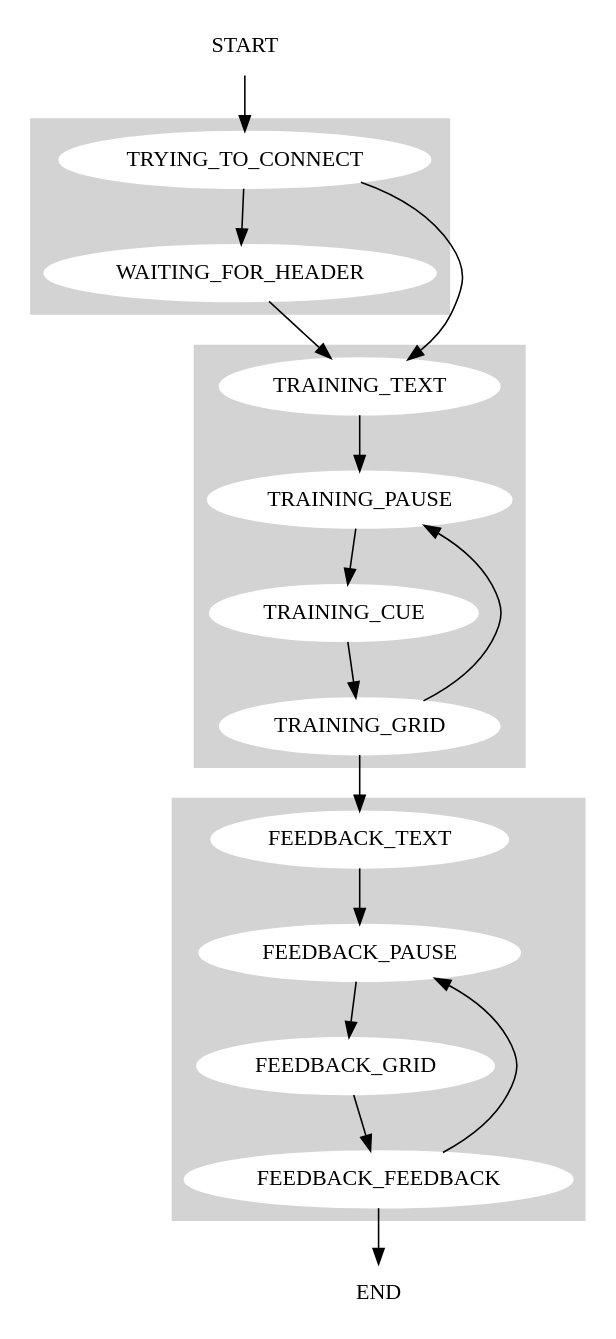
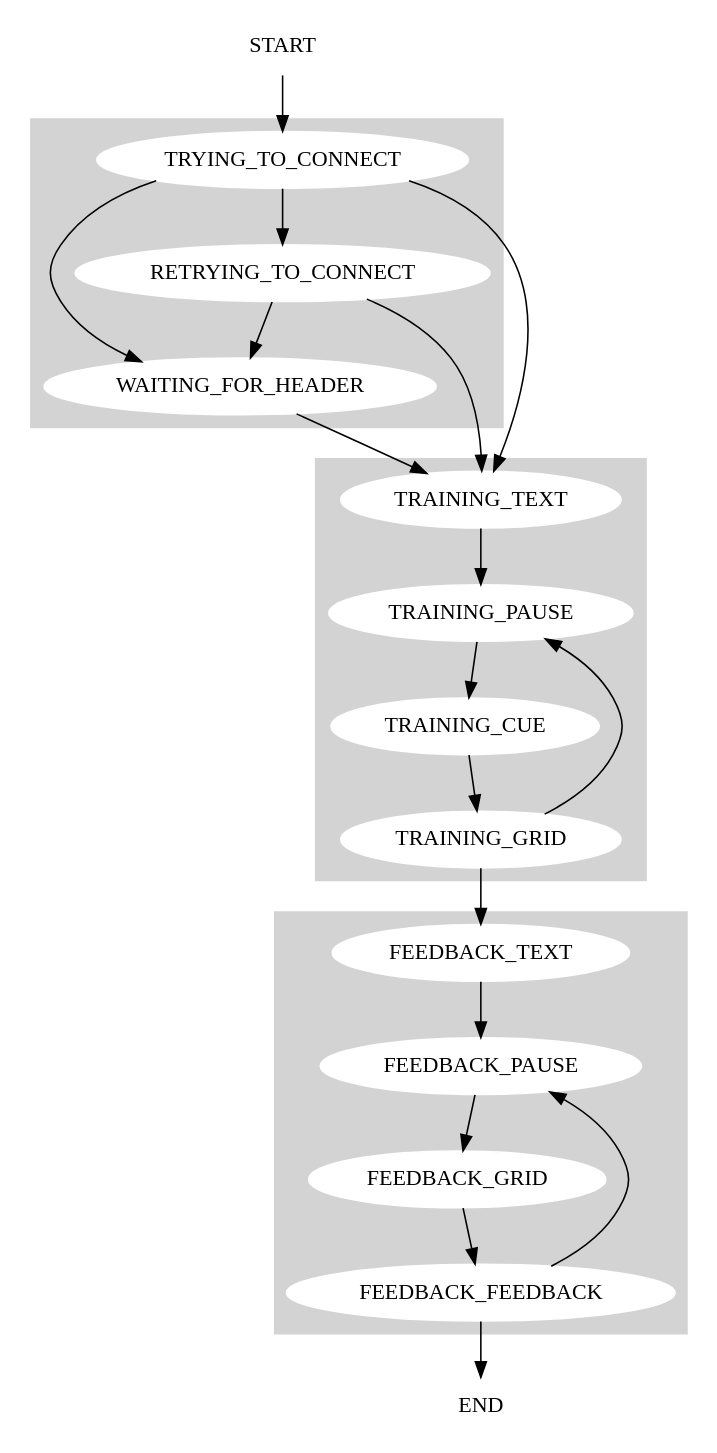
The diagram in doc/program_states.dot (Wieke/Visual-Speller-Stimulus), drawn with Graphviz before and after one commit. The commit also changed 1 other file, not shown here.

Commit message:
Added retrying_to_connect state

```diff
--- a/doc/program_states.dot
+++ b/doc/program_states.dot
@@ -1,48 +1,52 @@
 digraph G {
 
 	node [style=filled,color=white];
 
 	subgraph cluster_0 {
 		style=filled;
 		color=lightgrey;
 		TRYING_TO_CONNECT;
+		RETRYING_TO_CONNECT;
 		WAITING_FOR_HEADER;
 	}
 
 
 	subgraph cluster_1 {
 		style=filled;
 		color=lightgrey;
 		TRAINING_TEXT
 		TRAINING_PAUSE
 		TRAINING_CUE
 		TRAINING_GRID
 }
 
 	subgraph cluster_2 {
 		style=filled;
 		color=lightgrey;
 		FEEDBACK_TEXT
 		FEEDBACK_PAUSE
 		FEEDBACK_GRID 
 		FEEDBACK_FEEDBACK 
 }
 
 	START -> TRYING_TO_CONNECT;
 	TRYING_TO_CONNECT -> TRAINING_TEXT;
+	TRYING_TO_CONNECT -> RETRYING_TO_CONNECT;
+	RETRYING_TO_CONNECT -> WAITING_FOR_HEADER;
+	RETRYING_TO_CONNECT -> TRAINING_TEXT;
 	TRYING_TO_CONNECT -> WAITING_FOR_HEADER;
 	WAITING_FOR_HEADER -> TRAINING_TEXT;
 	TRAINING_TEXT -> TRAINING_PAUSE;
 	TRAINING_PAUSE -> TRAINING_CUE;
 	TRAINING_CUE -> TRAINING_GRID;
 	TRAINING_GRID -> TRAINING_PAUSE;
 	TRAINING_GRID -> FEEDBACK_TEXT;
 	FEEDBACK_TEXT -> FEEDBACK_PAUSE;
 	FEEDBACK_PAUSE -> FEEDBACK_GRID;
 	FEEDBACK_GRID -> FEEDBACK_FEEDBACK;
 	FEEDBACK_FEEDBACK -> FEEDBACK_PAUSE;
 	FEEDBACK_FEEDBACK -> END;
 	
 	END;
 	START
 }
```
